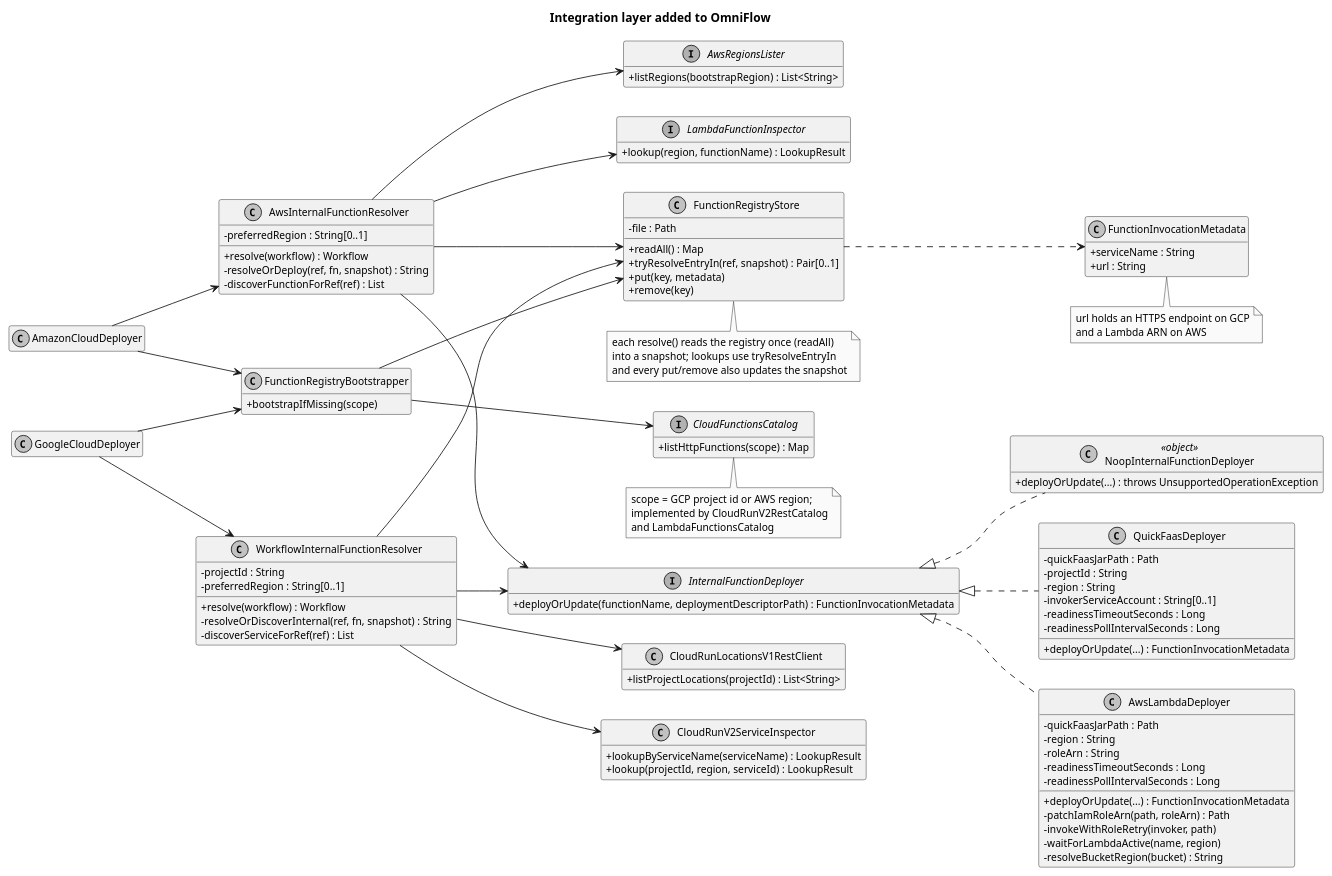
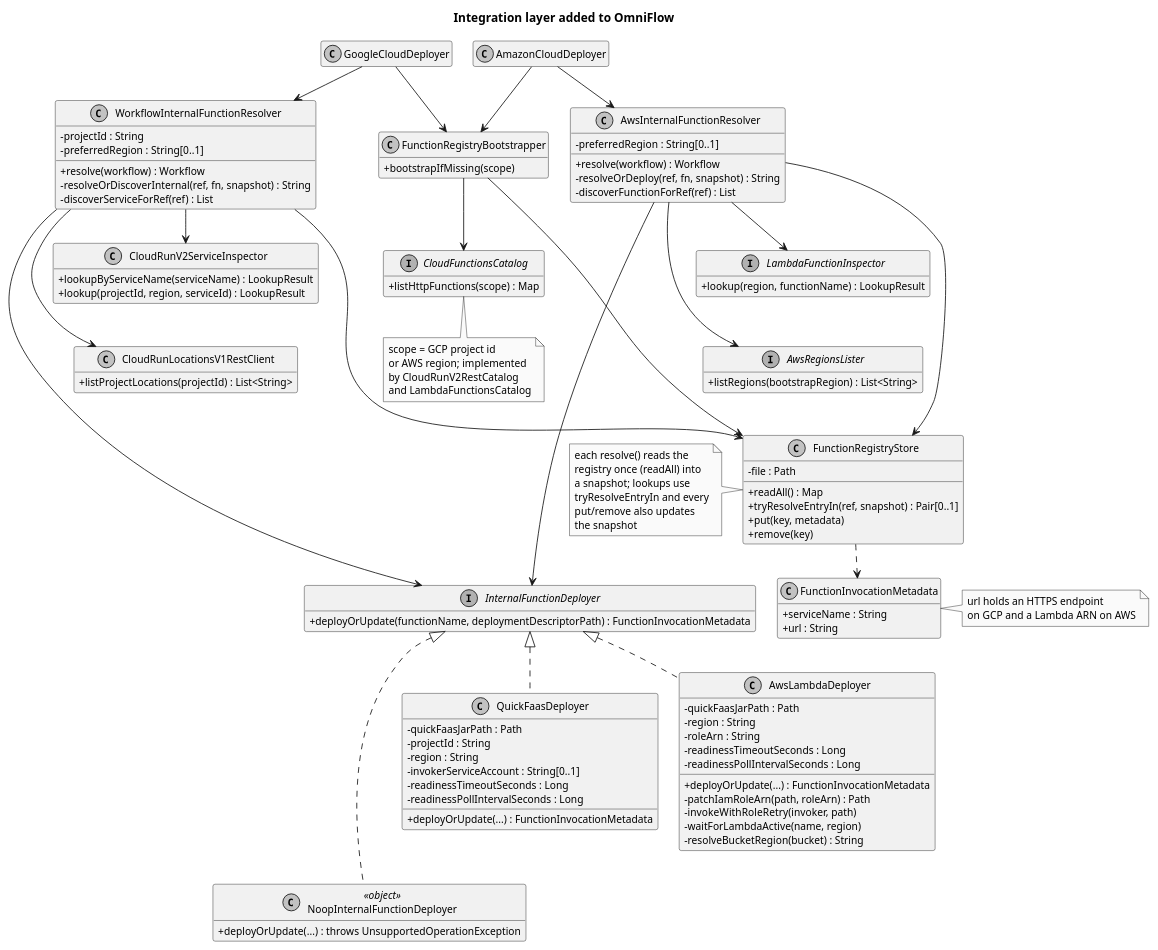
One commit to EngenheiroPedroCarvalho/ISEL-Thesis-2526 changed the diagram in diagrams/omniflow-integration-classes.puml. Above: the diagram before and after it, drawn with PlantUML. The commit also changed 10 other files, not shown here.

First line of the commit message:
Lay out Appendix A's diagrams in sequence and make them easier to read

```diff
--- a/diagrams/omniflow-integration-classes.puml
+++ b/diagrams/omniflow-integration-classes.puml
@@ -1,132 +1,143 @@
 @startuml omniflow-integration-classes
 skinparam monochrome true
 skinparam shadowing false
 skinparam classAttributeIconSize 0
 skinparam defaultFontSize 12
 title Integration layer added to OmniFlow
-left to right direction
 hide empty members
+skinparam nodesep 25
+skinparam ranksep 40
 
 interface InternalFunctionDeployer {
   +deployOrUpdate(functionName, deploymentDescriptorPath) : FunctionInvocationMetadata
 }
 
 class NoopInternalFunctionDeployer <<object>> {
   +deployOrUpdate(...) : throws UnsupportedOperationException
 }
 
 class QuickFaasDeployer {
   -quickFaasJarPath : Path
   -projectId : String
   -region : String
   -invokerServiceAccount : String[0..1]
   -readinessTimeoutSeconds : Long
   -readinessPollIntervalSeconds : Long
   +deployOrUpdate(...) : FunctionInvocationMetadata
 }
 
 class AwsLambdaDeployer {
   -quickFaasJarPath : Path
   -region : String
   -roleArn : String
   -readinessTimeoutSeconds : Long
   -readinessPollIntervalSeconds : Long
   +deployOrUpdate(...) : FunctionInvocationMetadata
   -patchIamRoleArn(path, roleArn) : Path
   -invokeWithRoleRetry(invoker, path)
   -waitForLambdaActive(name, region)
   -resolveBucketRegion(bucket) : String
 }
 
 class WorkflowInternalFunctionResolver {
   -projectId : String
   -preferredRegion : String[0..1]
   +resolve(workflow) : Workflow
   -resolveOrDiscoverInternal(ref, fn, snapshot) : String
   -discoverServiceForRef(ref) : List
 }
 
 class AwsInternalFunctionResolver {
   -preferredRegion : String[0..1]
   +resolve(workflow) : Workflow
   -resolveOrDeploy(ref, fn, snapshot) : String
   -discoverFunctionForRef(ref) : List
 }
 
 class CloudRunV2ServiceInspector {
   +lookupByServiceName(serviceName) : LookupResult
   +lookup(projectId, region, serviceId) : LookupResult
 }
 
 class CloudRunLocationsV1RestClient {
   +listProjectLocations(projectId) : List<String>
 }
 
 interface LambdaFunctionInspector {
   +lookup(region, functionName) : LookupResult
 }
 
 interface AwsRegionsLister {
   +listRegions(bootstrapRegion) : List<String>
 }
 
 class FunctionRegistryStore {
   -file : Path
   +readAll() : Map
   +tryResolveEntryIn(ref, snapshot) : Pair[0..1]
   +put(key, metadata)
   +remove(key)
 }
 
 class FunctionInvocationMetadata {
   +serviceName : String
   +url : String
 }
 
 class FunctionRegistryBootstrapper {
   +bootstrapIfMissing(scope)
 }
 
 interface CloudFunctionsCatalog {
   +listHttpFunctions(scope) : Map
 }
 
 class GoogleCloudDeployer
 class AmazonCloudDeployer
 
-InternalFunctionDeployer <|.. NoopInternalFunctionDeployer
+GoogleCloudDeployer --> WorkflowInternalFunctionResolver
+GoogleCloudDeployer --> FunctionRegistryBootstrapper
+AmazonCloudDeployer --> AwsInternalFunctionResolver
+AmazonCloudDeployer --> FunctionRegistryBootstrapper
+GoogleCloudDeployer -[hidden]right- AmazonCloudDeployer
+WorkflowInternalFunctionResolver --> CloudRunV2ServiceInspector
+WorkflowInternalFunctionResolver ---> CloudRunLocationsV1RestClient
+CloudRunV2ServiceInspector -[hidden]down- CloudRunLocationsV1RestClient
+AwsInternalFunctionResolver --> LambdaFunctionInspector
+AwsInternalFunctionResolver ---> AwsRegionsLister
+LambdaFunctionInspector -[hidden]down- AwsRegionsLister
+FunctionRegistryBootstrapper --> CloudFunctionsCatalog
+WorkflowInternalFunctionResolver ----> FunctionRegistryStore
+AwsInternalFunctionResolver ----> FunctionRegistryStore
+FunctionRegistryBootstrapper ---> FunctionRegistryStore
+CloudRunLocationsV1RestClient -[hidden]down- FunctionRegistryStore
+AwsRegionsLister -[hidden]down- FunctionRegistryStore
+FunctionRegistryStore ..> FunctionInvocationMetadata
+WorkflowInternalFunctionResolver -----> InternalFunctionDeployer
+AwsInternalFunctionResolver -----> InternalFunctionDeployer
+FunctionRegistryStore -[hidden]down- InternalFunctionDeployer
 InternalFunctionDeployer <|.. QuickFaasDeployer
 InternalFunctionDeployer <|.. AwsLambdaDeployer
-GoogleCloudDeployer --> WorkflowInternalFunctionResolver
-AmazonCloudDeployer --> AwsInternalFunctionResolver
-GoogleCloudDeployer --> FunctionRegistryBootstrapper
-AmazonCloudDeployer --> FunctionRegistryBootstrapper
-WorkflowInternalFunctionResolver --> FunctionRegistryStore
-AwsInternalFunctionResolver --> FunctionRegistryStore
-WorkflowInternalFunctionResolver --> InternalFunctionDeployer
-AwsInternalFunctionResolver --> InternalFunctionDeployer
-WorkflowInternalFunctionResolver --> CloudRunV2ServiceInspector
-WorkflowInternalFunctionResolver --> CloudRunLocationsV1RestClient
-AwsInternalFunctionResolver --> LambdaFunctionInspector
-AwsInternalFunctionResolver --> AwsRegionsLister
-FunctionRegistryStore ..> FunctionInvocationMetadata
-FunctionRegistryBootstrapper --> FunctionRegistryStore
-FunctionRegistryBootstrapper --> CloudFunctionsCatalog
+InternalFunctionDeployer <|... NoopInternalFunctionDeployer
 
-note bottom of FunctionInvocationMetadata
-  url holds an HTTPS endpoint on GCP
-  and a Lambda ARN on AWS
+note left of FunctionRegistryStore
+  each resolve() reads the
+  registry once (readAll) into
+  a snapshot; lookups use
+  tryResolveEntryIn and every
+  put/remove also updates
+  the snapshot
 end note
 
-note bottom of FunctionRegistryStore
-  each resolve() reads the registry once (readAll)
-  into a snapshot; lookups use tryResolveEntryIn
-  and every put/remove also updates the snapshot
+note right of FunctionInvocationMetadata
+  url holds an HTTPS endpoint
+  on GCP and a Lambda ARN on AWS
 end note
 
 note bottom of CloudFunctionsCatalog
-  scope = GCP project id or AWS region;
-  implemented by CloudRunV2RestCatalog
+  scope = GCP project id
+  or AWS region; implemented
+  by CloudRunV2RestCatalog
   and LambdaFunctionsCatalog
 end note
 @enduml
```
